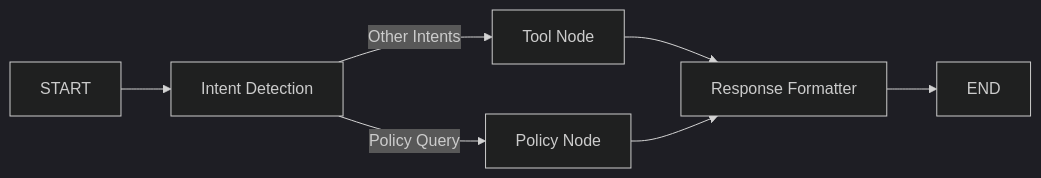
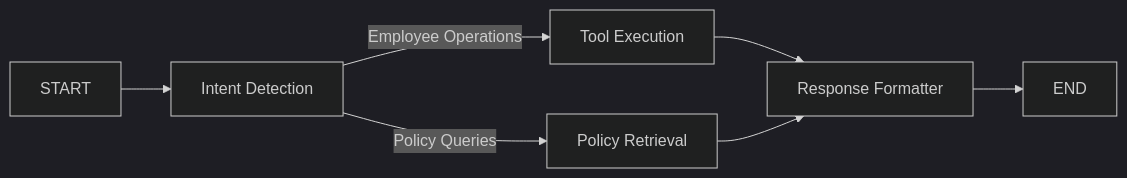
One commit to bhanusri-123/Employee-support-ai changed the third of 4 diagrams in README.md. Above: the diagram before and after it, drawn with Mermaid (dark theme). The commit also changed other lines of this file, not shown here.

````diff
--- a/README.md
+++ b/README.md
@@ -104,15 +106,15 @@
 ```mermaid
 flowchart LR
 
-    START --> IntentNode["Intent Detection"]
+    START --> A[Intent Detection]
 
-    IntentNode -->|Policy Query| PolicyNode["Policy Node"]
+    A -->|Employee Operations| B[Tool Execution]
 
-    IntentNode -->|Other Intents| ToolNode["Tool Node"]
+    A -->|Policy Queries| C[Policy Retrieval]
 
-    ToolNode --> Formatter["Response Formatter"]
+    B --> D[Response Formatter]
 
-    PolicyNode --> Formatter
+    C --> D
 
-    Formatter --> END
+    D --> END
 ```
````
